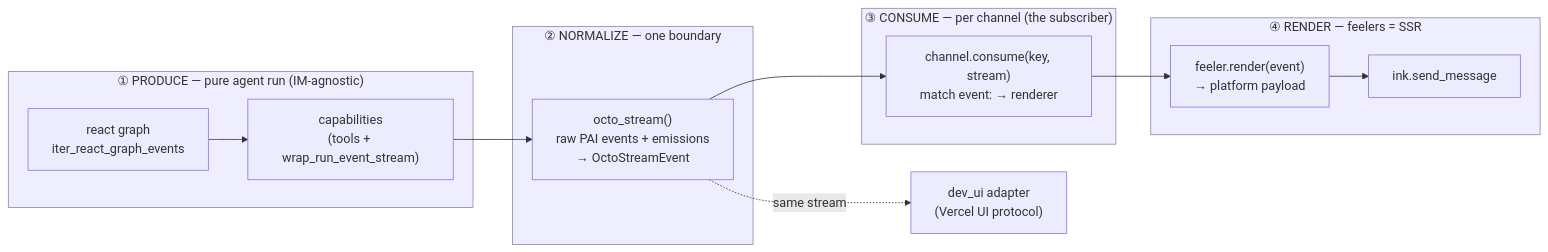
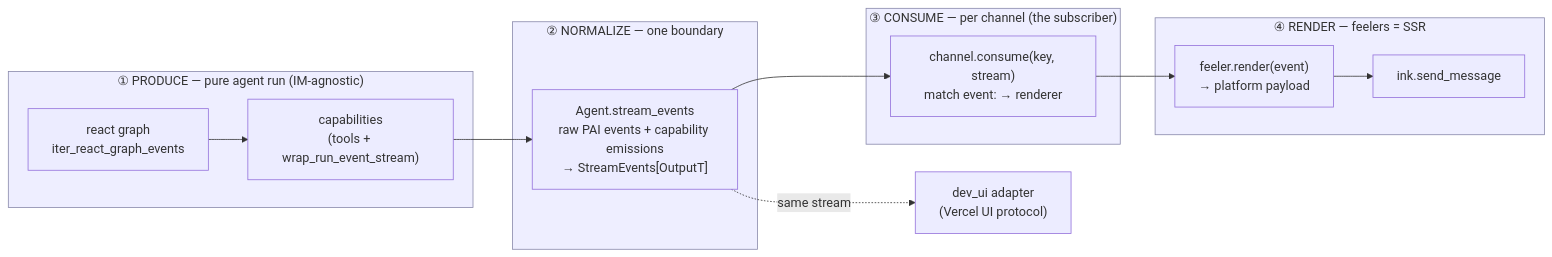
Before and after one commit to kalynnka/octomate: the first of 6 diagrams in docs/plans/agent-event-stream.md, drawn with Mermaid. The commit also changed other lines of this file and 16 other files, not shown here.

First line of the commit message:
feat(capabilities): UoW-4 — persisted todo subsystem (toolset + capability + granular events)

````diff
--- a/docs/plans/agent-event-stream.md
+++ b/docs/plans/agent-event-stream.md
@@ -23,25 +48,25 @@
 ```mermaid
 flowchart LR
     subgraph Produce["① PRODUCE — pure agent run (IM-agnostic)"]
         RG["react graph<br/>iter_react_graph_events"]
         CAP["capabilities<br/>(tools + wrap_run_event_stream)"]
         RG --> CAP
     end
     subgraph Normalize["② NORMALIZE — one boundary"]
-        NORM["octo_stream()<br/>raw PAI events + emissions<br/>→ OctoStreamEvent"]
+        NORM["Agent.stream_events<br/>raw PAI events + capability emissions<br/>→ StreamEvents[OutputT]"]
     end
     subgraph Consume["③ CONSUME — per channel (the subscriber)"]
         CONS["channel.consume(key, stream)<br/>match event: → renderer"]
     end
     subgraph Render["④ RENDER — feelers = SSR"]
         FEEL["feeler.render(event)<br/>→ platform payload"]
         INK["ink.send_message"]
         FEEL --> INK
     end
 
     CAP --> NORM --> CONS --> FEEL
     NORM -. same stream .-> WEB["dev_ui adapter<br/>(Vercel UI protocol)"]
 
     classDef k fill:#eef,stroke:#88a;
     class Produce,Normalize,Consume,Render k;
 ```
````
